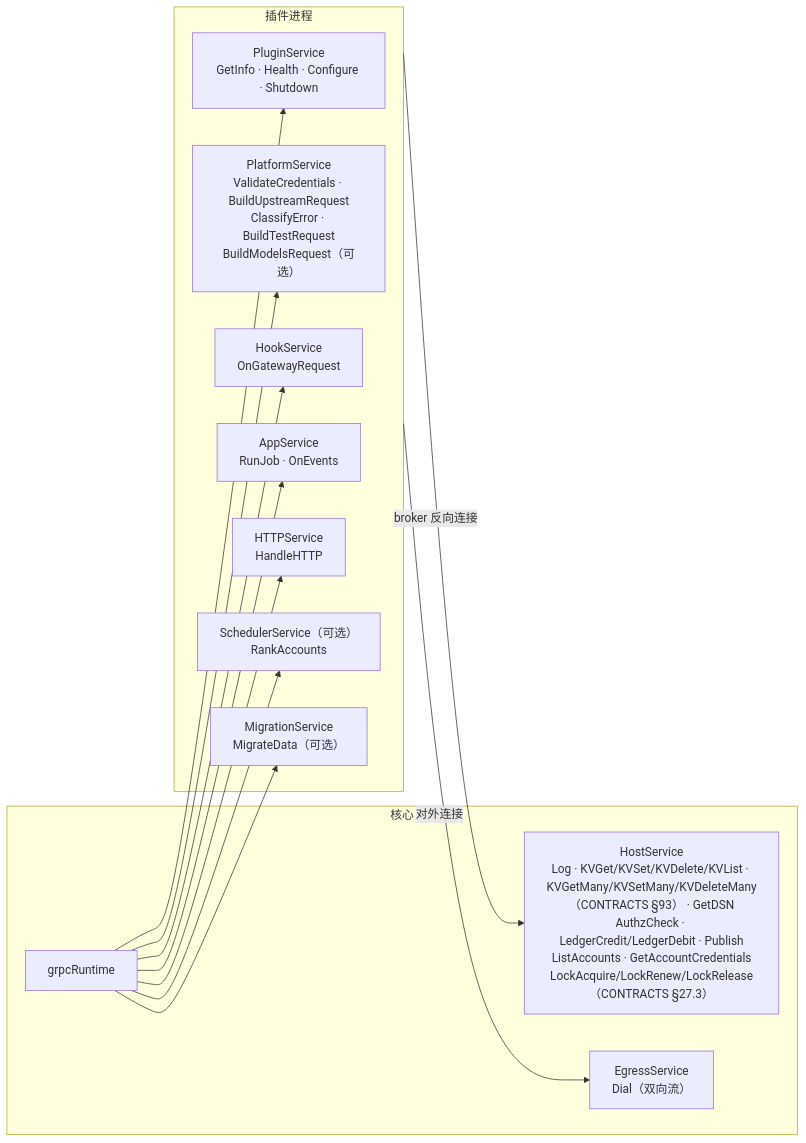
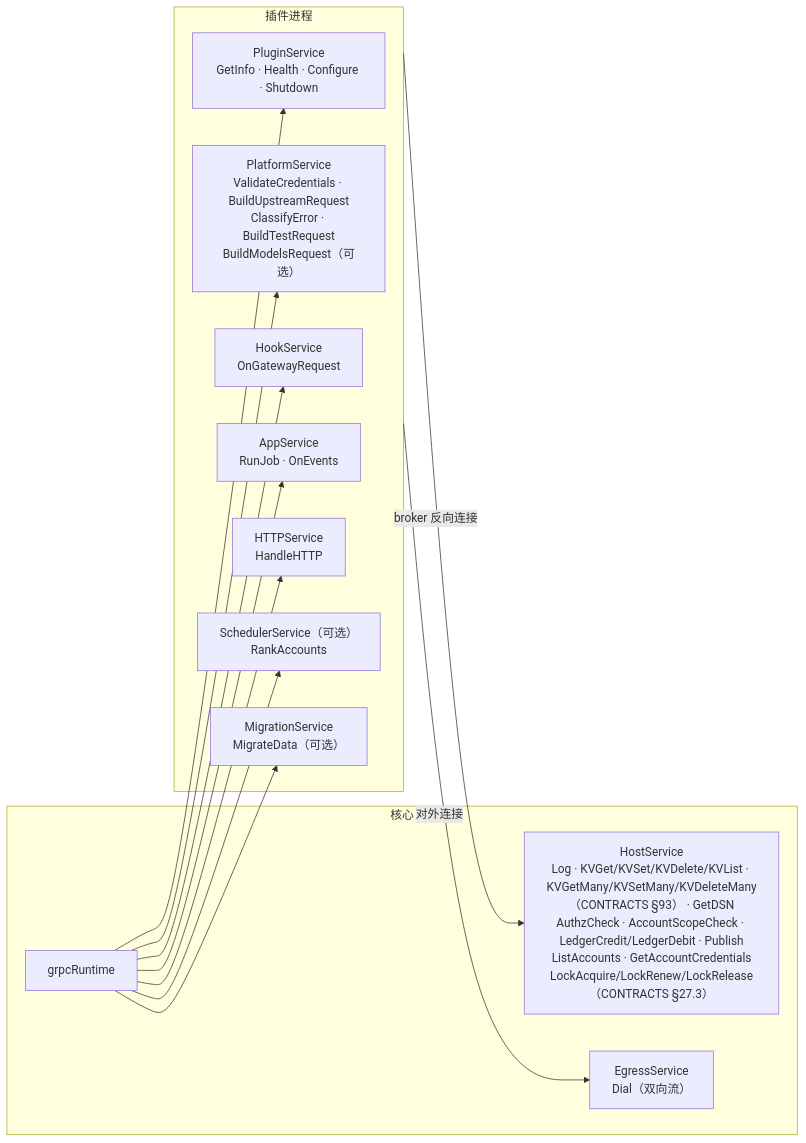
The fifth of 18 diagrams in next/docs/ARCHITECTURE.md (Sub2API-Devs/sup2api), drawn with Mermaid before and after one commit. The commit also changed 13 other files, not shown here.

First line of the commit message:
authz(T47): host AccountScopeCheck and SDK account scope / permission helpers

````diff
--- a/next/docs/ARCHITECTURE.md
+++ b/next/docs/ARCHITECTURE.md
@@ -527,20 +527,20 @@
 ```mermaid
 flowchart LR
   subgraph host["核心"]
     rt["grpcRuntime"]
-    hs["HostService<br/>Log · KVGet/KVSet/KVDelete/KVList · KVGetMany/KVSetMany/KVDeleteMany（CONTRACTS §93） · GetDSN<br/>AuthzCheck · LedgerCredit/LedgerDebit · Publish<br/>ListAccounts · GetAccountCredentials<br/>LockAcquire/LockRenew/LockRelease（CONTRACTS §27.3）"]
+    hs["HostService<br/>Log · KVGet/KVSet/KVDelete/KVList · KVGetMany/KVSetMany/KVDeleteMany（CONTRACTS §93） · GetDSN<br/>AuthzCheck · AccountScopeCheck · LedgerCredit/LedgerDebit · Publish<br/>ListAccounts · GetAccountCredentials<br/>LockAcquire/LockRenew/LockRelease（CONTRACTS §27.3）"]
     eg["EgressService<br/>Dial（双向流）"]
   end
   subgraph plugin["插件进程"]
     ps["PluginService<br/>GetInfo · Health · Configure · Shutdown"]
     pf["PlatformService<br/>ValidateCredentials · BuildUpstreamRequest<br/>ClassifyError · BuildTestRequest<br/>BuildModelsRequest（可选）"]
     hk["HookService<br/>OnGatewayRequest"]
     ap["AppService<br/>RunJob · OnEvents"]
     hx["HTTPService<br/>HandleHTTP"]
     sc["SchedulerService（可选）<br/>RankAccounts"]
     ms["MigrationService<br/>MigrateData（可选）"]
   end
   rt --> ps & pf & hk & ap & hx & sc & ms
   plugin -->|"broker 反向连接"| hs
   plugin -->|"对外连接"| eg
 ```
````
